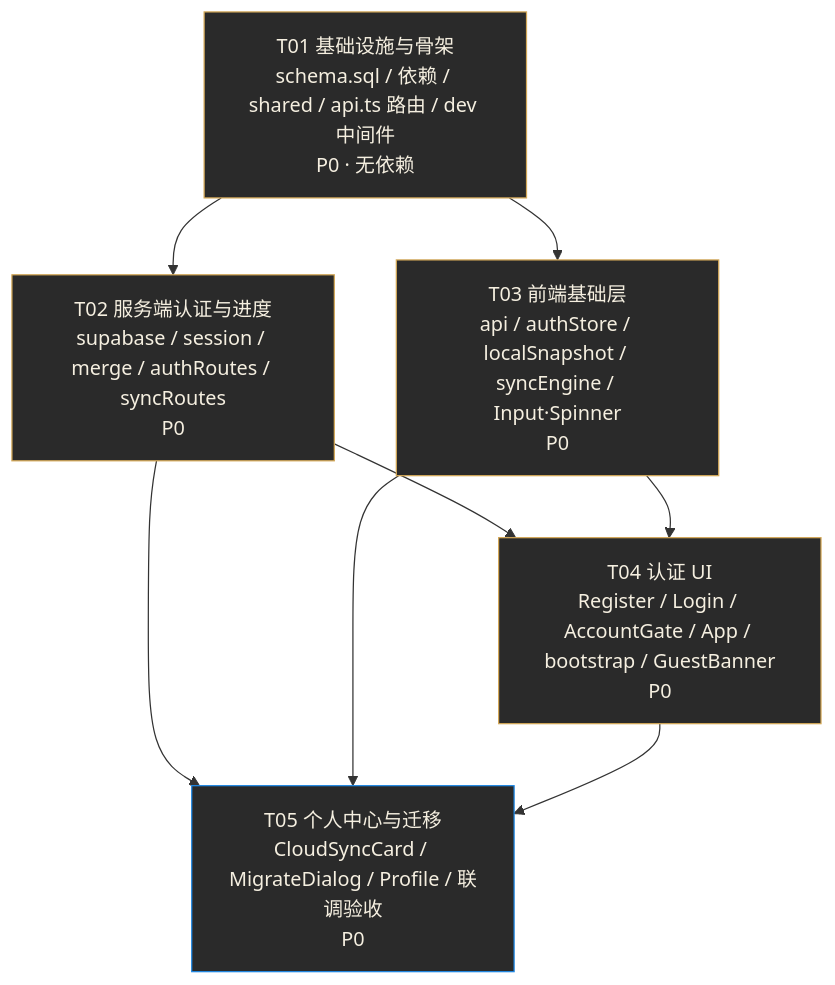
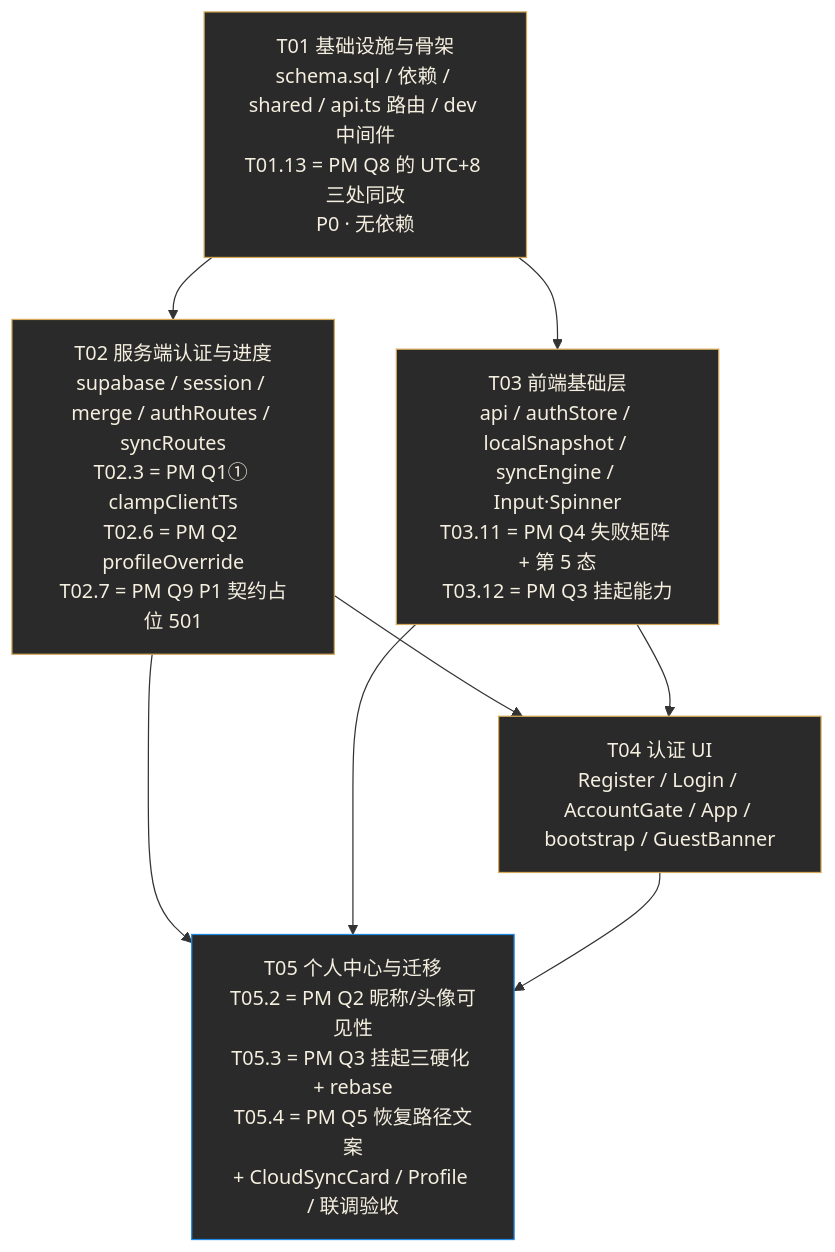
Before and after one commit to sevilia980529-spec/poker-trainer: the eighth of 8 diagrams in docs/ARCH-账号系统.md, drawn with Mermaid. The commit also changed other lines of this file and 46 other files, not shown here.

````diff
--- a/docs/ARCH-账号系统.md
+++ b/docs/ARCH-账号系统.md
@@ -1808,22 +2267,22 @@
 ```mermaid
 graph TD
-    T01["T01 基础设施与骨架<br/>schema.sql / 依赖 / shared / api.ts 路由 / dev 中间件<br/>P0 · 无依赖"]
-    T02["T02 服务端认证与进度<br/>supabase / session / merge / authRoutes / syncRoutes<br/>P0"]
-    T03["T03 前端基础层<br/>api / authStore / localSnapshot / syncEngine / Input·Spinner<br/>P0"]
-    T04["T04 认证 UI<br/>Register / Login / AccountGate / App / bootstrap / GuestBanner<br/>P0"]
-    T05["T05 个人中心与迁移<br/>CloudSyncCard / MigrateDialog / Profile / 联调验收<br/>P0"]
+    T01["T01 基础设施与骨架<br/>schema.sql / 依赖 / shared / api.ts 路由 / dev 中间件<br/>T01.13 = PM Q8 的 UTC+8 三处同改<br/>P0 · 无依赖"]
+    T02["T02 服务端认证与进度<br/>supabase / session / merge / authRoutes / syncRoutes<br/>T02.3 = PM Q1① clampClientTs<br/>T02.6 = PM Q2 profileOverride<br/>T02.7 = PM Q9 P1 契约占位 501"]
+    T03["T03 前端基础层<br/>api / authStore / localSnapshot / syncEngine / Input·Spinner<br/>T03.11 = PM Q4 失败矩阵 + 第 5 态<br/>T03.12 = PM Q3 挂起能力"]
+    T04["T04 认证 UI<br/>Register / Login / AccountGate / App / bootstrap / GuestBanner"]
+    T05["T05 个人中心与迁移<br/>T05.2 = PM Q2 昵称/头像可见性<br/>T05.3 = PM Q3 挂起三硬化 + rebase<br/>T05.4 = PM Q5 恢复路径文案<br/>+ CloudSyncCard / Profile / 联调验收"]
 
     T01 --> T02
     T01 --> T03
     T02 --> T04
     T03 --> T04
     T02 --> T05
     T03 --> T05
     T04 --> T05
 
     style T01 fill:#2A2A2A,stroke:#D4A857,color:#F5EFE0
     style T02 fill:#2A2A2A,stroke:#D4A857,color:#F5EFE0
     style T03 fill:#2A2A2A,stroke:#D4A857,color:#F5EFE0
     style T04 fill:#2A2A2A,stroke:#D4A857,color:#F5EFE0
     style T05 fill:#2A2A2A,stroke:#1E88E5,color:#F5EFE0
 ```
````
